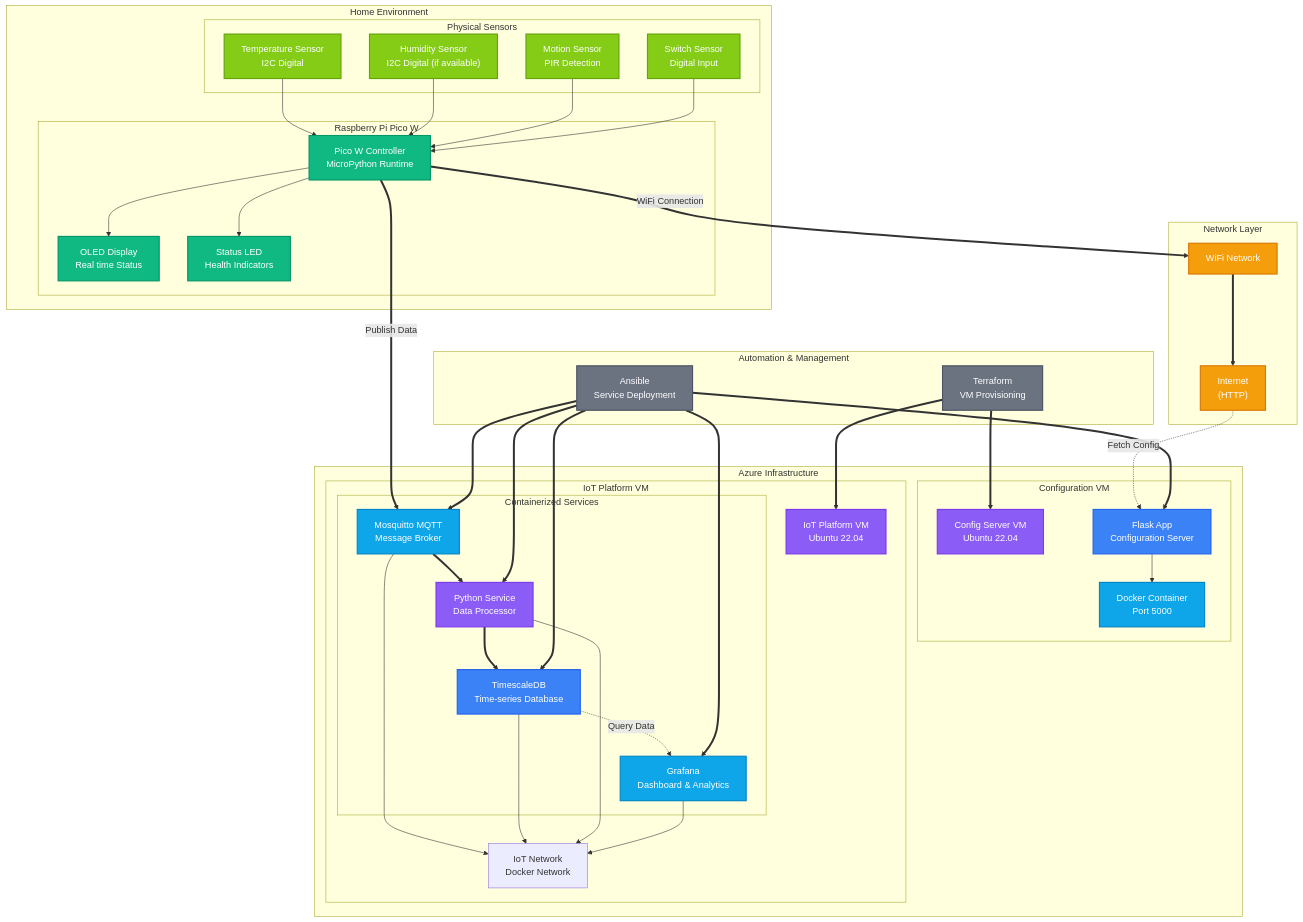
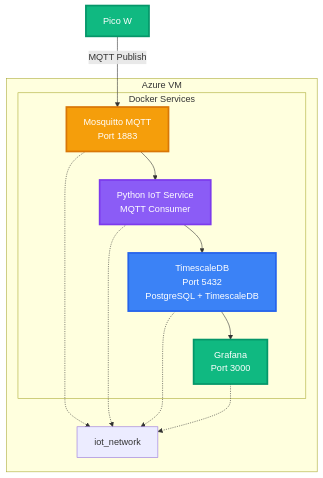
One commit to nathandiez/nathandiez changed the third of 6 diagrams in architecture3.md. Above: the diagram before and after it, drawn with Mermaid. The commit also changed other lines of this file, not shown here.

````diff
--- a/architecture3.md
+++ b/architecture3.md
@@ -2,95 +31,36 @@
 ```mermaid
 graph TB
-  subgraph "Home Environment"
-      subgraph "Physical Sensors"
-          TEMP["Temperature Sensor<br/>I2C Digital"]
-          HUMID["Humidity Sensor<br/>I2C Digital (if available)"]
-          MOTION["Motion Sensor<br/>PIR Detection"]
-          SWITCH["Switch Sensor<br/>Digital Input"]
-      end
-      
-      subgraph "Raspberry Pi Pico W"
-          PICO["Pico W Controller<br/>MicroPython Runtime"]
-          OLED["OLED Display<br/>Real time Status"]
-          LED["Status LED<br/>Health Indicators"]
-      end
+  PICO_VM["Pico W"] 
+  
+  subgraph "Azure VM"
+    subgraph "Docker Services"
+      MQTT["Mosquitto MQTT<br/>Port 1883"]
+      DB["TimescaleDB<br/>Port 5432<br/>PostgreSQL + TimescaleDB"]
+      SERVICE["Python IoT Service<br/>MQTT Consumer"]
+      GRAFANA["Grafana<br/>Port 3000"]
+    end
+    DOCKER_NET["iot_network"]
   end
   
-  subgraph "Network Layer"
-      WIFI["WiFi Network"]
-      INTERNET["Internet<br/>(HTTP)"]
-  end
+  PICO_VM -->|"MQTT Publish"| MQTT
+  MQTT --> SERVICE
+  SERVICE --> DB
+  DB --> GRAFANA
   
-  subgraph "Azure Infrastructure"
-      subgraph "Configuration VM"
-          CONFIG_VM["Config Server VM<br/>Ubuntu 22.04"]
-          FLASK["Flask App<br/>Configuration Server"]
-          DOCKER_CONFIG["Docker Container<br/>Port 5000"]
-      end
-      
-      subgraph "IoT Platform VM"
-          IOT_VM["IoT Platform VM<br/>Ubuntu 22.04"]
-          subgraph "Containerized Services"
-              MQTT["Mosquitto MQTT<br/>Message Broker"]
-              TIMESCALE["TimescaleDB<br/>Time-series Database"]
-              IOT_SERVICE["Python Service<br/>Data Processor"]
-              GRAFANA["Grafana<br/>Dashboard & Analytics"]
-          end
-          DOCKER_NET["IoT Network<br/>Docker Network"]
-      end
-  end
+  MQTT -.-> DOCKER_NET
+  SERVICE -.-> DOCKER_NET
+  DB -.-> DOCKER_NET
+  GRAFANA -.-> DOCKER_NET
   
-  subgraph "Automation & Management"
-      TERRAFORM["Terraform<br/>VM Provisioning"]
-      ANSIBLE["Ansible<br/>Service Deployment"]
-  end
+  classDef device fill:#10b981,stroke:#059669,stroke-width:3px,color:#fff
+  classDef mqtt fill:#f59e0b,stroke:#d97706,stroke-width:3px,color:#fff
+  classDef db fill:#3b82f6,stroke:#2563eb,stroke-width:3px,color:#fff
+  classDef service fill:#8b5cf6,stroke:#7c3aed,stroke-width:3px,color:#fff
+  classDef viz fill:#10b981,stroke:#059669,stroke-width:3px,color:#fff
   
-  %% Data Flow Connections
-  TEMP --> PICO
-  HUMID --> PICO
-  MOTION --> PICO
-  SWITCH --> PICO
-  PICO --> OLED
-  PICO --> LED
-  
-  PICO ==>|"WiFi Connection"| WIFI
-  WIFI ==> INTERNET
-  
-  INTERNET -.->|"Fetch Config"| FLASK
-  PICO ==>|"Publish Data"| MQTT
-  
-  MQTT ==> IOT_SERVICE
-  IOT_SERVICE ==> TIMESCALE
-  TIMESCALE -.->|"Query Data"| GRAFANA
-  
-  FLASK --> DOCKER_CONFIG
-  MQTT --> DOCKER_NET
-  TIMESCALE --> DOCKER_NET
-  IOT_SERVICE --> DOCKER_NET
-  GRAFANA --> DOCKER_NET
-  
-  TERRAFORM ==> CONFIG_VM
-  TERRAFORM ==> IOT_VM
-  ANSIBLE ==> FLASK
-  ANSIBLE ==> MQTT
-  ANSIBLE ==> TIMESCALE
-  ANSIBLE ==> IOT_SERVICE
-  ANSIBLE ==> GRAFANA
-  
-  %% Styling
-  classDef device fill:#10b981,stroke:#059669,stroke-width:2px,color:#fff
-  classDef sensor fill:#84cc16,stroke:#65a30d,stroke-width:2px,color:#fff
-  classDef network fill:#f59e0b,stroke:#d97706,stroke-width:2px,color:#fff
-  classDef storage fill:#3b82f6,stroke:#2563eb,stroke-width:2px,color:#fff
-  classDef compute fill:#8b5cf6,stroke:#7c3aed,stroke-width:2px,color:#fff
-  classDef infrastructure fill:#6b7280,stroke:#4b5563,stroke-width:2px,color:#fff
-  classDef container fill:#0ea5e9,stroke:#0284c7,stroke-width:2px,color:#fff
-  
-  class PICO,OLED,LED device
-  class TEMP,HUMID,MOTION,SWITCH sensor
-  class WIFI,INTERNET network
-  class TIMESCALE,FLASK storage
-  class IOT_VM,CONFIG_VM,IOT_SERVICE compute
-  class TERRAFORM,ANSIBLE infrastructure
-  class MQTT,DOCKER_CONFIG,GRAFANA container
+  class PICO_VM device
+  class MQTT mqtt
+  class DB db
+  class SERVICE service
+  class GRAFANA viz
 ```
````
